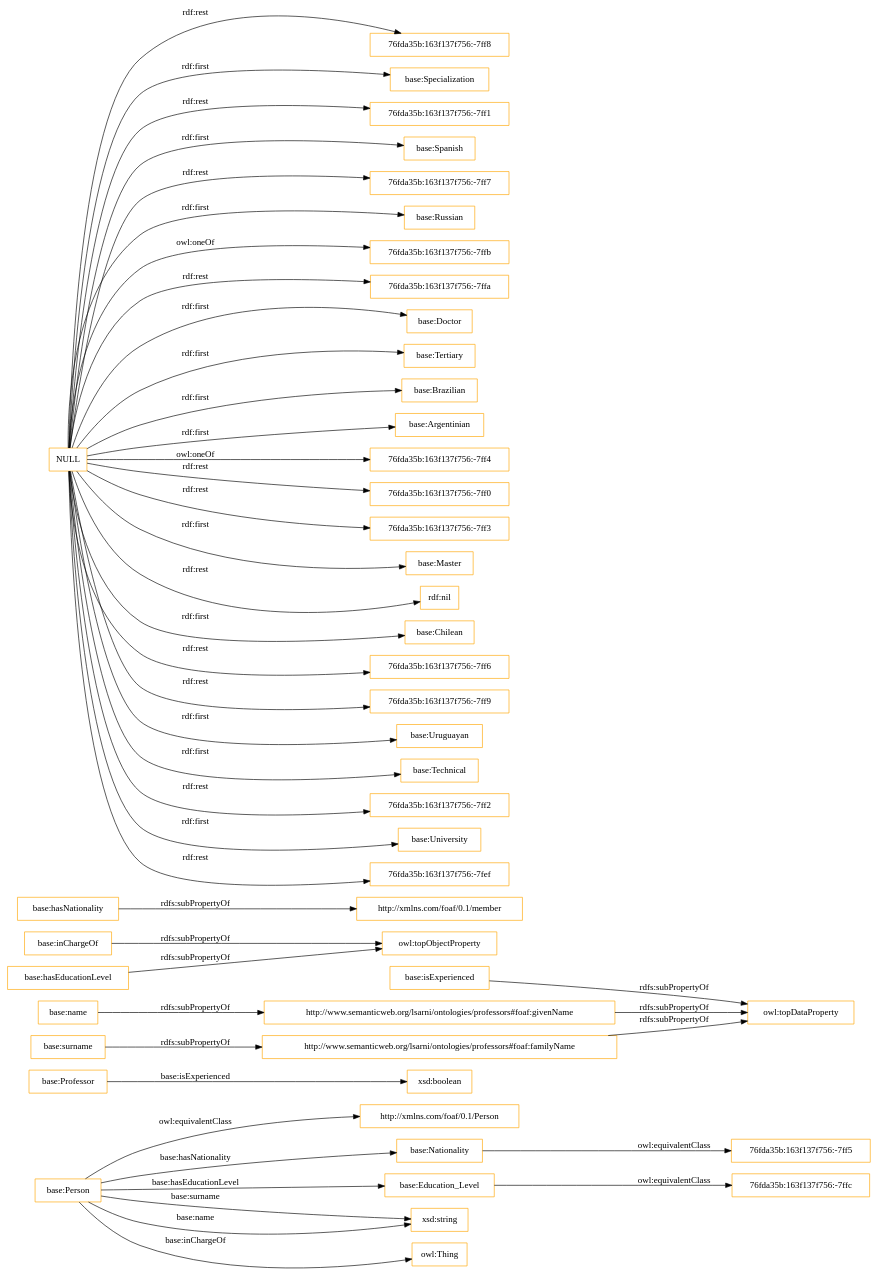
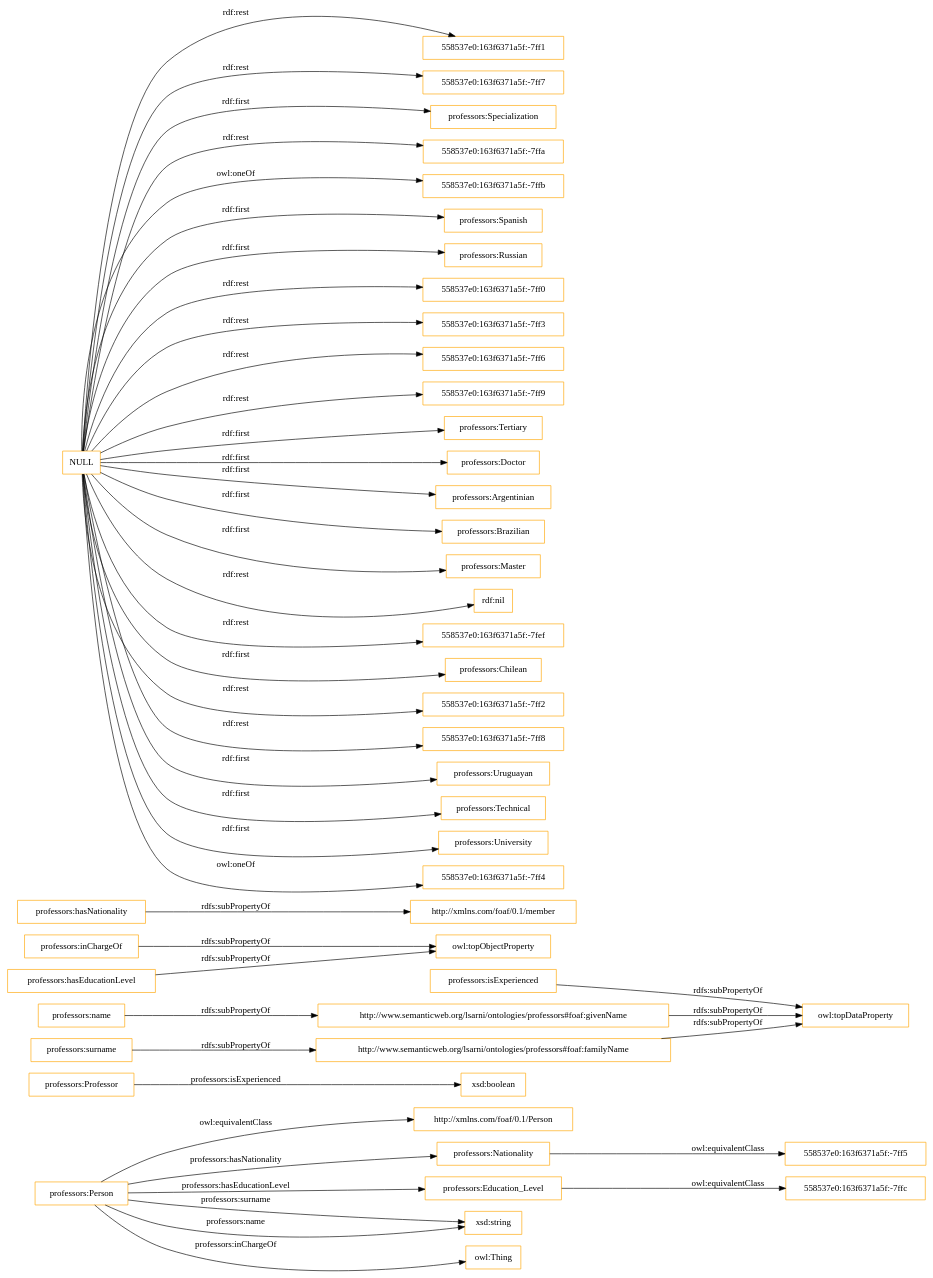
The diagram in OnToology/professors.owl/diagrams/ar2dtool-class/professors.owl.png.dot (lsarni/OntoCIS), drawn with Graphviz before and after one commit. The commit also changed 32 other files, not shown here.

```diff
--- a/OnToology/professors.owl/diagrams/ar2dtool-class/professors.owl.png.dot
+++ b/OnToology/professors.owl/diagrams/ar2dtool-class/professors.owl.png.dot
@@ -1,48 +1,48 @@
 digraph ar2dtool_diagram { 
 rankdir=LR;
 size="1501"
-node [shape = rectangle, color="orange"]; "http://xmlns.com/foaf/0.1/Person" "base:Professor" "base:Person" "76fda35b:163f137f756:-7ff5" "base:Nationality" "76fda35b:163f137f756:-7ffc" "base:Education_Level" ; /*classes style*/
+node [shape = rectangle, color="orange"]; "http://xmlns.com/foaf/0.1/Person" "professors:Professor" "professors:Person" "558537e0:163f6371a5f:-7ff5" "professors:Nationality" "558537e0:163f6371a5f:-7ffc" "professors:Education_Level" ; /*classes style*/
 	"http://www.semanticweb.org/lsarni/ontologies/professors#foaf:familyName" -> "owl:topDataProperty" [ label = "rdfs:subPropertyOf" ];
-	"base:inChargeOf" -> "owl:topObjectProperty" [ label = "rdfs:subPropertyOf" ];
-	"base:hasEducationLevel" -> "owl:topObjectProperty" [ label = "rdfs:subPropertyOf" ];
-	"base:surname" -> "http://www.semanticweb.org/lsarni/ontologies/professors#foaf:familyName" [ label = "rdfs:subPropertyOf" ];
-	"base:isExperienced" -> "owl:topDataProperty" [ label = "rdfs:subPropertyOf" ];
-	"base:name" -> "http://www.semanticweb.org/lsarni/ontologies/professors#foaf:givenName" [ label = "rdfs:subPropertyOf" ];
-	"base:hasNationality" -> "http://xmlns.com/foaf/0.1/member" [ label = "rdfs:subPropertyOf" ];
-	"base:Person" -> "http://xmlns.com/foaf/0.1/Person" [ label = "owl:equivalentClass" ];
-	"base:Education_Level" -> "76fda35b:163f137f756:-7ffc" [ label = "owl:equivalentClass" ];
+	"professors:inChargeOf" -> "owl:topObjectProperty" [ label = "rdfs:subPropertyOf" ];
+	"professors:hasEducationLevel" -> "owl:topObjectProperty" [ label = "rdfs:subPropertyOf" ];
+	"professors:surname" -> "http://www.semanticweb.org/lsarni/ontologies/professors#foaf:familyName" [ label = "rdfs:subPropertyOf" ];
+	"professors:isExperienced" -> "owl:topDataProperty" [ label = "rdfs:subPropertyOf" ];
+	"professors:name" -> "http://www.semanticweb.org/lsarni/ontologies/professors#foaf:givenName" [ label = "rdfs:subPropertyOf" ];
+	"professors:hasNationality" -> "http://xmlns.com/foaf/0.1/member" [ label = "rdfs:subPropertyOf" ];
+	"professors:Person" -> "http://xmlns.com/foaf/0.1/Person" [ label = "owl:equivalentClass" ];
+	"professors:Education_Level" -> "558537e0:163f6371a5f:-7ffc" [ label = "owl:equivalentClass" ];
 	"http://www.semanticweb.org/lsarni/ontologies/professors#foaf:givenName" -> "owl:topDataProperty" [ label = "rdfs:subPropertyOf" ];
-	"NULL" -> "76fda35b:163f137f756:-7ff8" [ label = "rdf:rest" ];
-	"NULL" -> "base:Specialization" [ label = "rdf:first" ];
-	"NULL" -> "76fda35b:163f137f756:-7ff1" [ label = "rdf:rest" ];
-	"NULL" -> "base:Spanish" [ label = "rdf:first" ];
-	"NULL" -> "76fda35b:163f137f756:-7ff7" [ label = "rdf:rest" ];
-	"NULL" -> "base:Russian" [ label = "rdf:first" ];
-	"NULL" -> "76fda35b:163f137f756:-7ffb" [ label = "owl:oneOf" ];
-	"NULL" -> "76fda35b:163f137f756:-7ffa" [ label = "rdf:rest" ];
-	"NULL" -> "base:Doctor" [ label = "rdf:first" ];
-	"NULL" -> "base:Tertiary" [ label = "rdf:first" ];
-	"NULL" -> "base:Brazilian" [ label = "rdf:first" ];
-	"NULL" -> "base:Argentinian" [ label = "rdf:first" ];
-	"NULL" -> "76fda35b:163f137f756:-7ff4" [ label = "owl:oneOf" ];
-	"NULL" -> "76fda35b:163f137f756:-7ff0" [ label = "rdf:rest" ];
-	"NULL" -> "76fda35b:163f137f756:-7ff3" [ label = "rdf:rest" ];
-	"NULL" -> "base:Master" [ label = "rdf:first" ];
+	"NULL" -> "558537e0:163f6371a5f:-7ff1" [ label = "rdf:rest" ];
+	"NULL" -> "558537e0:163f6371a5f:-7ff7" [ label = "rdf:rest" ];
+	"NULL" -> "professors:Specialization" [ label = "rdf:first" ];
+	"NULL" -> "558537e0:163f6371a5f:-7ffa" [ label = "rdf:rest" ];
+	"NULL" -> "558537e0:163f6371a5f:-7ffb" [ label = "owl:oneOf" ];
+	"NULL" -> "professors:Spanish" [ label = "rdf:first" ];
+	"NULL" -> "professors:Russian" [ label = "rdf:first" ];
+	"NULL" -> "558537e0:163f6371a5f:-7ff0" [ label = "rdf:rest" ];
+	"NULL" -> "558537e0:163f6371a5f:-7ff3" [ label = "rdf:rest" ];
+	"NULL" -> "558537e0:163f6371a5f:-7ff6" [ label = "rdf:rest" ];
+	"NULL" -> "558537e0:163f6371a5f:-7ff9" [ label = "rdf:rest" ];
+	"NULL" -> "professors:Tertiary" [ label = "rdf:first" ];
+	"NULL" -> "professors:Doctor" [ label = "rdf:first" ];
+	"NULL" -> "professors:Argentinian" [ label = "rdf:first" ];
+	"NULL" -> "professors:Brazilian" [ label = "rdf:first" ];
+	"NULL" -> "professors:Master" [ label = "rdf:first" ];
 	"NULL" -> "rdf:nil" [ label = "rdf:rest" ];
-	"NULL" -> "base:Chilean" [ label = "rdf:first" ];
-	"NULL" -> "76fda35b:163f137f756:-7ff6" [ label = "rdf:rest" ];
-	"NULL" -> "76fda35b:163f137f756:-7ff9" [ label = "rdf:rest" ];
-	"NULL" -> "base:Uruguayan" [ label = "rdf:first" ];
-	"NULL" -> "base:Technical" [ label = "rdf:first" ];
-	"NULL" -> "76fda35b:163f137f756:-7ff2" [ label = "rdf:rest" ];
-	"NULL" -> "base:University" [ label = "rdf:first" ];
-	"NULL" -> "76fda35b:163f137f756:-7fef" [ label = "rdf:rest" ];
-	"base:Nationality" -> "76fda35b:163f137f756:-7ff5" [ label = "owl:equivalentClass" ];
-	"base:Person" -> "xsd:string" [ label = "base:surname" ];
-	"base:Person" -> "owl:Thing" [ label = "base:inChargeOf" ];
-	"base:Person" -> "xsd:string" [ label = "base:name" ];
-	"base:Person" -> "base:Education_Level" [ label = "base:hasEducationLevel" ];
-	"base:Professor" -> "xsd:boolean" [ label = "base:isExperienced" ];
-	"base:Person" -> "base:Nationality" [ label = "base:hasNationality" ];
+	"NULL" -> "558537e0:163f6371a5f:-7fef" [ label = "rdf:rest" ];
+	"NULL" -> "professors:Chilean" [ label = "rdf:first" ];
+	"NULL" -> "558537e0:163f6371a5f:-7ff2" [ label = "rdf:rest" ];
+	"NULL" -> "558537e0:163f6371a5f:-7ff8" [ label = "rdf:rest" ];
+	"NULL" -> "professors:Uruguayan" [ label = "rdf:first" ];
+	"NULL" -> "professors:Technical" [ label = "rdf:first" ];
+	"NULL" -> "professors:University" [ label = "rdf:first" ];
+	"NULL" -> "558537e0:163f6371a5f:-7ff4" [ label = "owl:oneOf" ];
+	"professors:Nationality" -> "558537e0:163f6371a5f:-7ff5" [ label = "owl:equivalentClass" ];
+	"professors:Person" -> "xsd:string" [ label = "professors:surname" ];
+	"professors:Person" -> "owl:Thing" [ label = "professors:inChargeOf" ];
+	"professors:Person" -> "xsd:string" [ label = "professors:name" ];
+	"professors:Person" -> "professors:Education_Level" [ label = "professors:hasEducationLevel" ];
+	"professors:Professor" -> "xsd:boolean" [ label = "professors:isExperienced" ];
+	"professors:Person" -> "professors:Nationality" [ label = "professors:hasNationality" ];
 
 }
```
